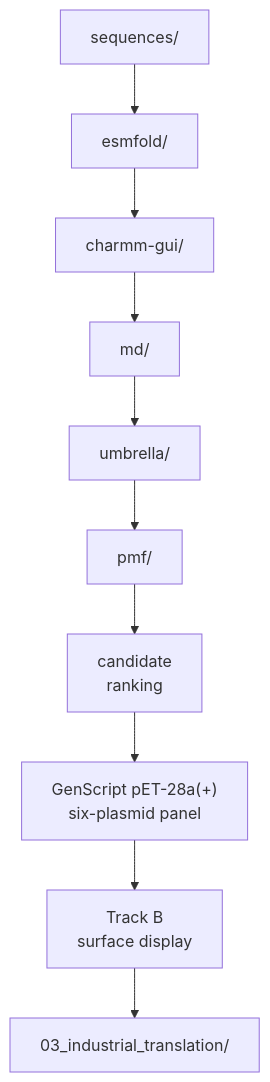
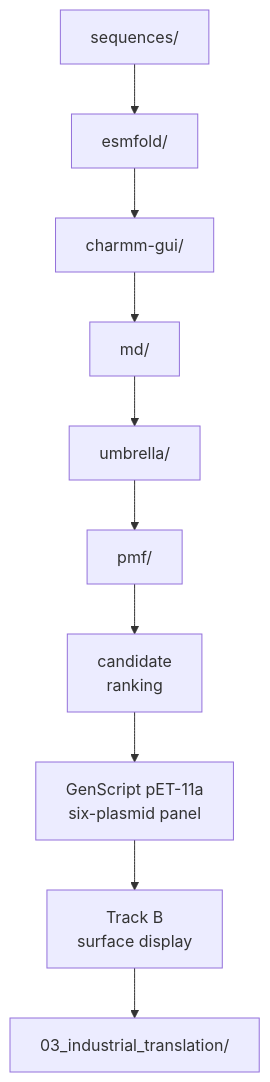
The first of 3 diagrams in 06_project_operations/docs/repository_guide.md (jackyissocute/LiSPER), drawn with Mermaid before and after one commit. The commit also changed other lines of this file and 44 other files, not shown here.

````diff
--- a/06_project_operations/docs/repository_guide.md
+++ b/06_project_operations/docs/repository_guide.md
@@ -7,26 +7,26 @@
 ```mermaid
 flowchart TD
     accTitle: LiSPER Main Data Flow
     accDescr: The main data flow moves from computational discovery to GenScript plasmid construction, surface-display validation, binding assays and industrial translation.
 
     sequences["sequences/"]
     esmfold["esmfold/"]
     charmm_gui["charmm-gui/"]
     md["md/"]
     umbrella["umbrella/"]
     pmf["pmf/"]
     ranking["candidate<br/>ranking"]
-    ordered_peptides["GenScript pET-28a(+)<br/>six-plasmid panel"]
+    ordered_peptides["GenScript pET-11a<br/>six-plasmid panel"]
     display["Track B<br/>surface display"]
     translation["03_industrial_translation/"]
 
     sequences --> esmfold
     esmfold --> charmm_gui
     charmm_gui --> md
     md --> umbrella
     umbrella --> pmf
     pmf --> ranking
     ranking --> ordered_peptides
     ordered_peptides --> display
     display --> translation
 ```
````
